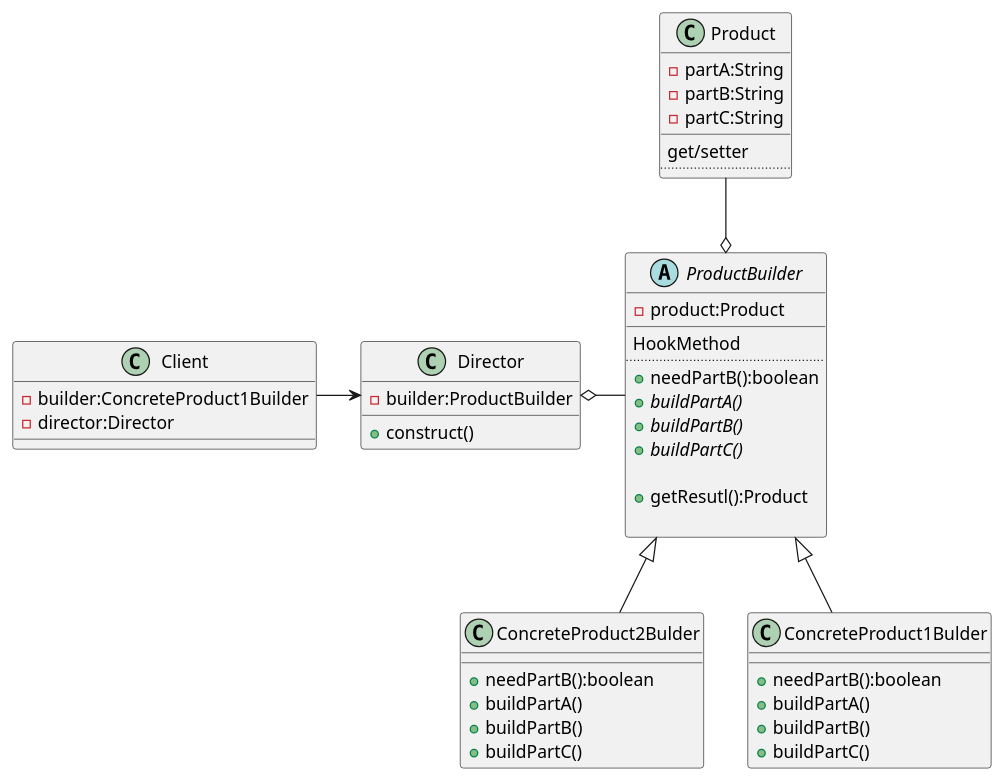
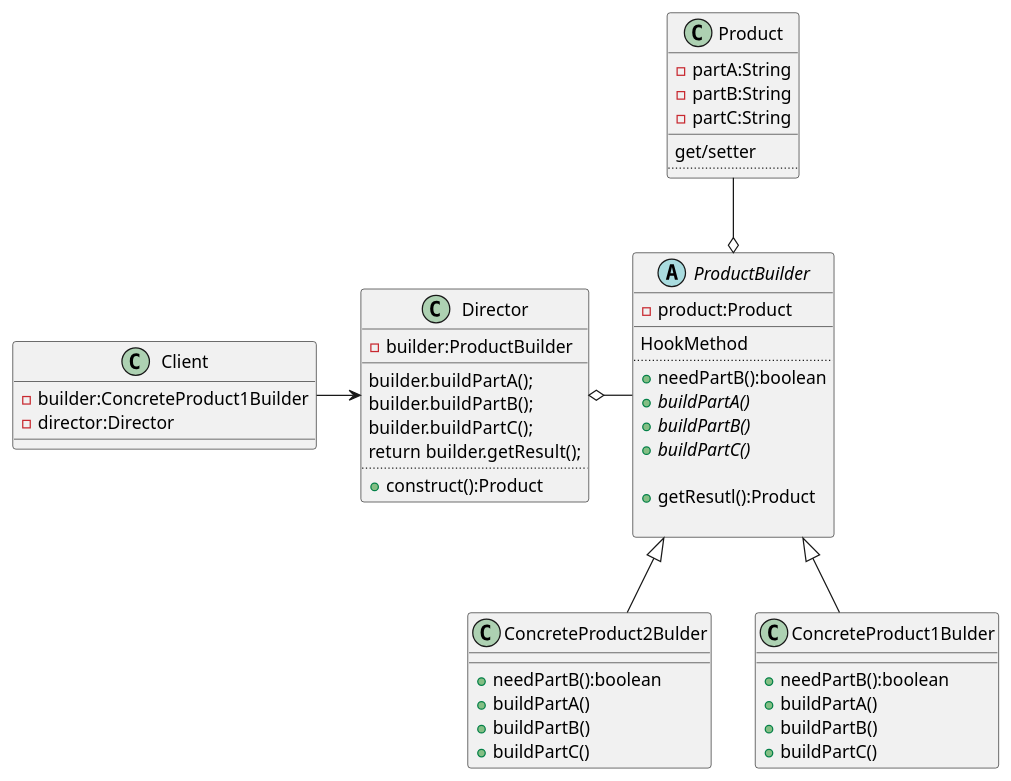
One commit to ronggenliu/DesignPattern changed the diagram in src/me/ronggenliu/dp/creation/builder/classes.puml. Above: the diagram before and after it, drawn with PlantUML. The commit also changed 1 other file, not shown here.

Commit message:
add class diagram.

```diff
--- a/src/me/ronggenliu/dp/creation/builder/classes.puml
+++ b/src/me/ronggenliu/dp/creation/builder/classes.puml
@@ -1,56 +1,62 @@
 @startuml
 
 class Client {
     - builder:ConcreteProduct1Builder
     - director:Director
 }
 
 class Director {
     - builder:ProductBuilder
-    + construct()
+    __
+    builder.buildPartA();
+    builder.buildPartB();
+    builder.buildPartC();
+    return builder.getResult();
+    ..
+    + construct():Product
 }
 
 abstract class ProductBuilder {
     - product:Product
     __
     HookMethod
     ..
     + needPartB():boolean
     + {abstract} buildPartA()
     + {abstract} buildPartB()
     + {abstract} buildPartC()
 
     + getResutl():Product
 
 }
 together {
     class ConcreteProduct1Bulder {
         + needPartB():boolean
         + buildPartA()
         + buildPartB()
         + buildPartC()
     }
     class ConcreteProduct2Bulder {
         + needPartB():boolean
         + buildPartA()
         + buildPartB()
         + buildPartC()
     }
 }
 
 class Product {
     - partA:String
     - partB:String
     - partC:String
     __
     get/setter
     ..
 }
 
 Client -right-> Director
 Director o-right- ProductBuilder
 ProductBuilder o-up- Product
 ProductBuilder <|-- ConcreteProduct1Bulder
 ProductBuilder <|-- ConcreteProduct2Bulder
 
 @enduml
```
